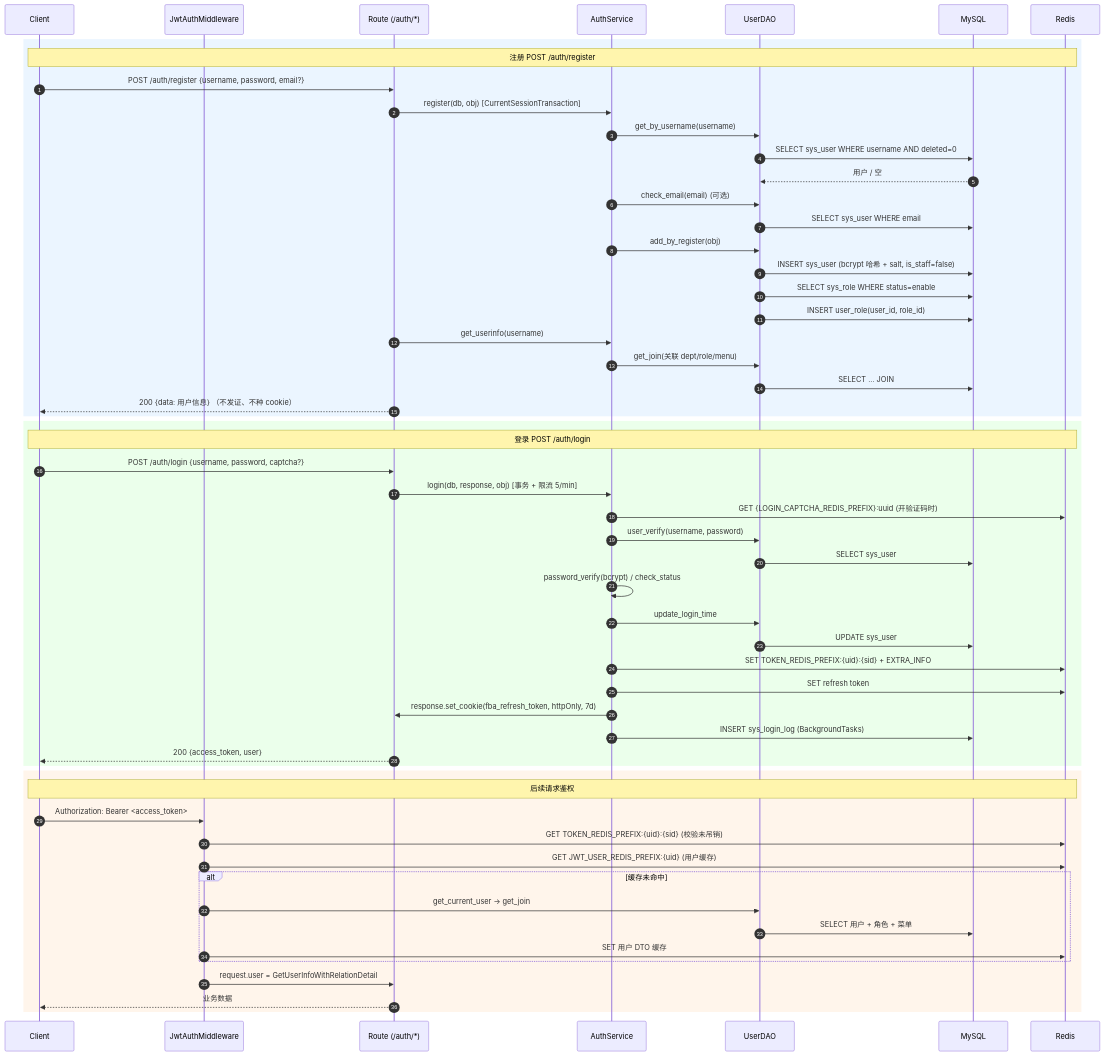
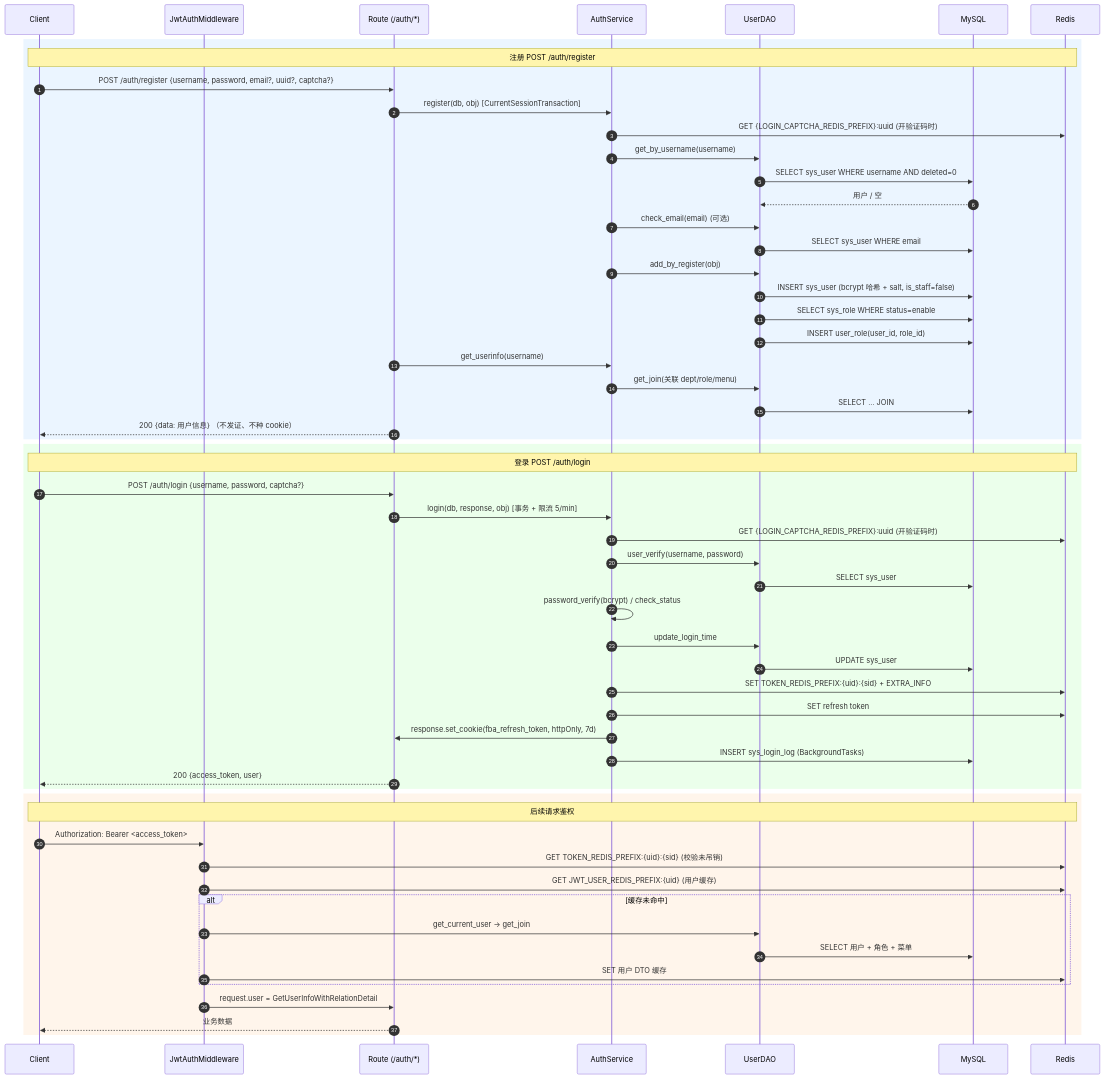
Before and after one commit to Zhongye1/KnowledgeRAG-OGAS: the diagram in docs/工程治理/auth-flow.md, drawn with Mermaid. The commit also changed 15 other files, not shown here.

````diff
--- a/docs/工程治理/auth-flow.md
+++ b/docs/工程治理/auth-flow.md
@@ -5,61 +5,62 @@
 ```mermaid
 sequenceDiagram
     autonumber
     participant C as Client
     participant M as JwtAuthMiddleware
     participant R as Route (/auth/*)
     participant S as AuthService
     participant D as UserDAO
     participant DB as MySQL
     participant RD as Redis
 
     rect rgb(235,245,255)
     note over C,RD: 注册 POST /auth/register
-    C->>R: POST /auth/register {username, password, email?}
+    C->>R: POST /auth/register {username, password, email?, uuid?, captcha?}
     R->>S: register(db, obj)  [CurrentSessionTransaction]
+    S->>RD: GET {LOGIN_CAPTCHA_REDIS_PREFIX}:uuid  (开验证码时)
     S->>D: get_by_username(username)
     D->>DB: SELECT sys_user WHERE username AND deleted=0
     DB-->>D: 用户 / 空
     S->>D: check_email(email)  (可选)
     D->>DB: SELECT sys_user WHERE email
     S->>D: add_by_register(obj)
     D->>DB: INSERT sys_user (bcrypt 哈希 + salt, is_staff=false)
     D->>DB: SELECT sys_role WHERE status=enable
     D->>DB: INSERT user_role(user_id, role_id)
     R->>S: get_userinfo(username)
     S->>D: get_join(关联 dept/role/menu)
     D->>DB: SELECT ... JOIN
     R-->>C: 200 {data: 用户信息}  （不发证、不种 cookie）
     end
 
     rect rgb(235,255,235)
     note over C,RD: 登录 POST /auth/login
     C->>R: POST /auth/login {username, password, captcha?}
     R->>S: login(db, response, obj)  [事务 + 限流 5/min]
     S->>RD: GET {LOGIN_CAPTCHA_REDIS_PREFIX}:uuid  (开验证码时)
     S->>D: user_verify(username, password)
     D->>DB: SELECT sys_user
     S->>S: password_verify(bcrypt) / check_status
     S->>D: update_login_time
     D->>DB: UPDATE sys_user
     S->>RD: SET TOKEN_REDIS_PREFIX:{uid}:{sid} + EXTRA_INFO
     S->>RD: SET refresh token
     S->>R: response.set_cookie(fba_refresh_token, httpOnly, 7d)
     S->>DB: INSERT sys_login_log  (BackgroundTasks)
     R-->>C: 200 {access_token, user}
     end
 
     rect rgb(255,245,235)
     note over C,RD: 后续请求鉴权
     C->>M: Authorization: Bearer <access_token>
     M->>RD: GET TOKEN_REDIS_PREFIX:{uid}:{sid}  (校验未吊销)
     M->>RD: GET JWT_USER_REDIS_PREFIX:{uid}  (用户缓存)
     alt 缓存未命中
         M->>D: get_current_user → get_join
         D->>DB: SELECT 用户 + 角色 + 菜单
         M->>RD: SET 用户 DTO 缓存
     end
     M->>R: request.user = GetUserInfoWithRelationDetail
     R-->>C: 业务数据
     end
 ```
````
